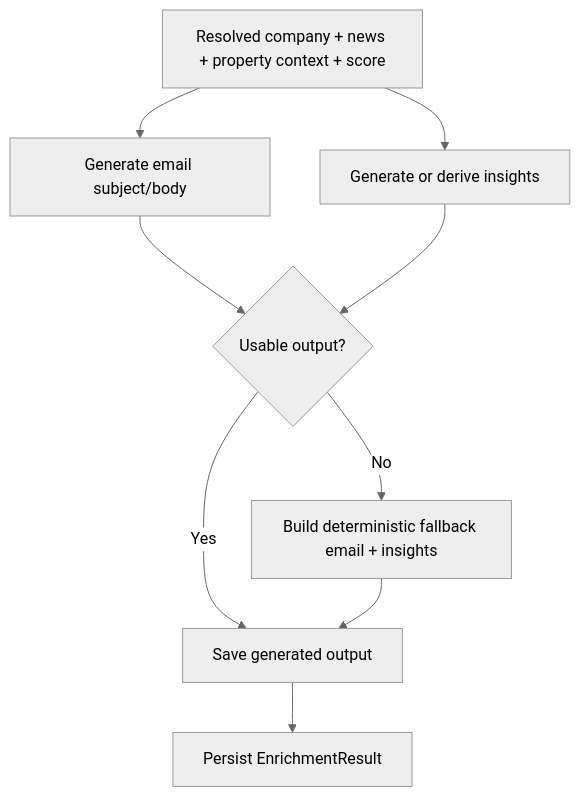
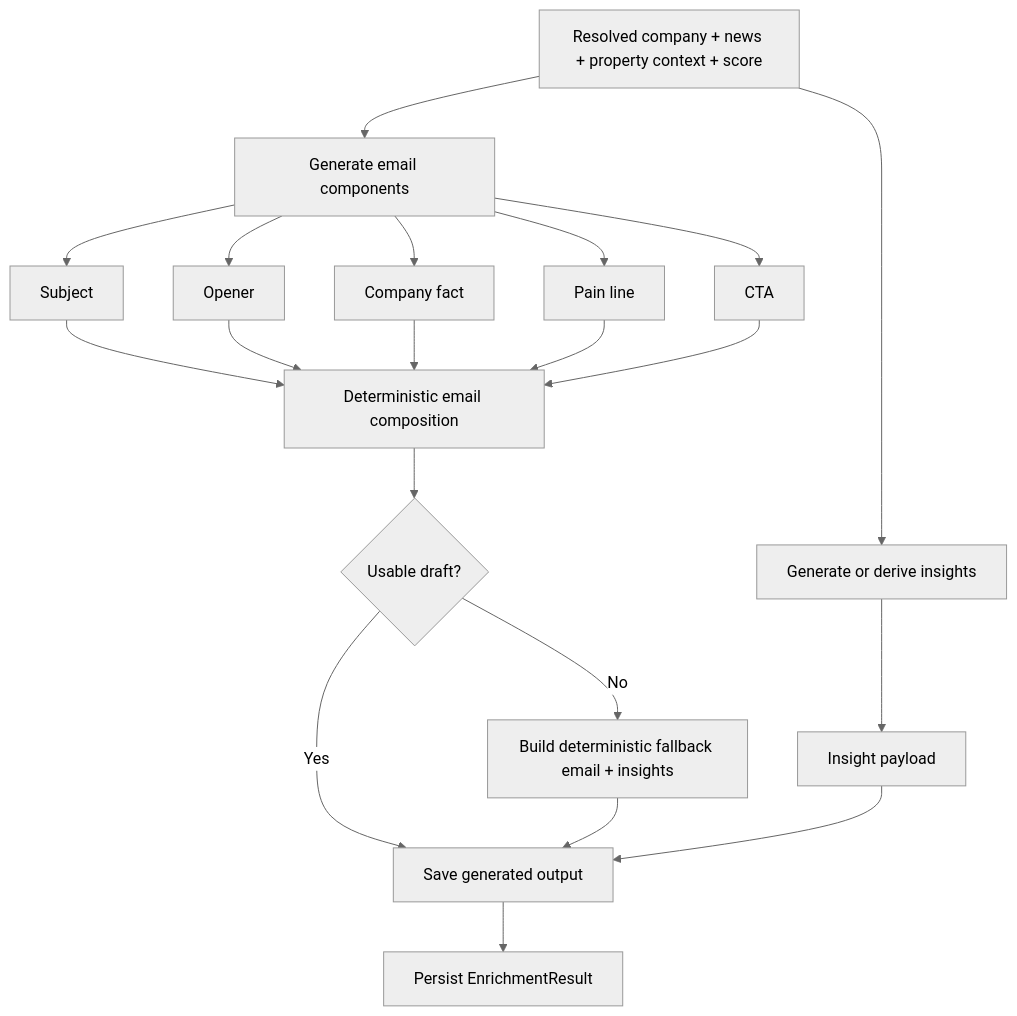
Before and after one commit to Kohralle/Property-Management-Lead-Enricher: the seventh of 8 diagrams in README.md, drawn with Mermaid (neutral theme). The commit also changed other lines of this file and 3 other files, not shown here.

Commit message:
Improve email drafting flow and modal UI

````diff
--- a/README.md
+++ b/README.md
@@ -152,11 +152,22 @@
 ```mermaid
 flowchart TD
-    A[Resolved company + news + property context + score] --> B[Generate email subject/body]
-    A --> C[Generate or derive insights]
-    B --> D{Usable output?}
-    C --> D
-    D -- Yes --> E[Save generated output]
-    D -- No --> F[Build deterministic fallback email + insights]
-    F --> E
-    E --> G[Persist EnrichmentResult]
+    A[Resolved company + news + property context + score] --> B[Generate email components]
+    B --> C[Subject]
+    B --> D[Opener]
+    B --> E[Company fact]
+    B --> F[Pain line]
+    B --> G[CTA]
+    C --> H[Deterministic email composition]
+    D --> H
+    E --> H
+    F --> H
+    G --> H
+    A --> I[Generate or derive insights]
+    H --> J{Usable draft?}
+    I --> K[Insight payload]
+    J -- Yes --> L[Save generated output]
+    J -- No --> M[Build deterministic fallback email + insights]
+    M --> L
+    K --> L
+    L --> N[Persist EnrichmentResult]
 ```
````
